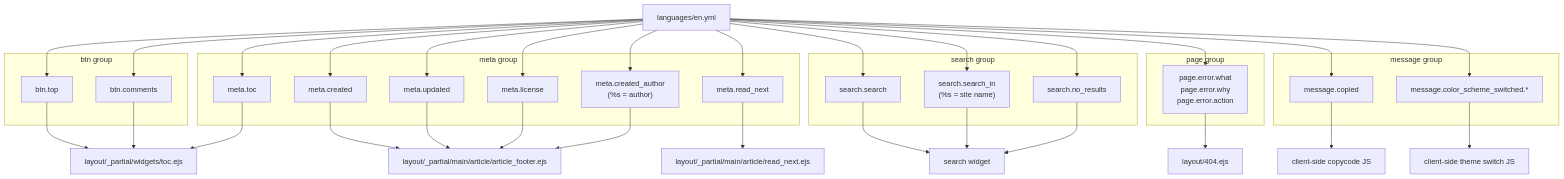
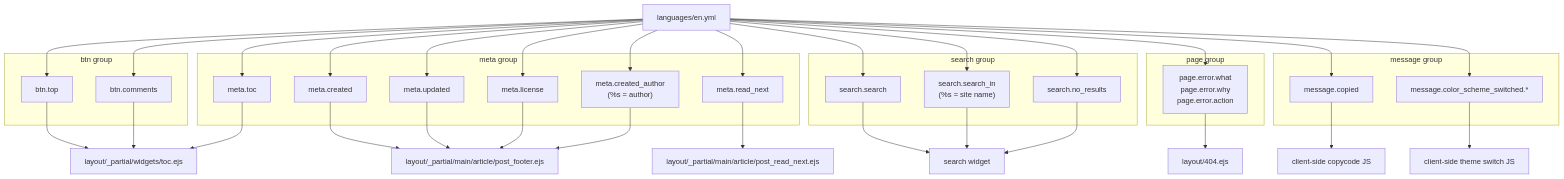
The fourth of 4 diagrams in docs/knowledge/08-本地化/localization.md (xaoxuu/hexo-theme-stellar), drawn with Mermaid before and after one commit. The commit also changed 70 other files, not shown here.

````diff
--- a/docs/knowledge/08-本地化/localization.md
+++ b/docs/knowledge/08-本地化/localization.md
@@ -322,63 +322,63 @@
 ```mermaid
 flowchart TD
   en["languages/en.yml"]
 
   subgraph "btn group"
     btntop["btn.top"]
     btncomments["btn.comments"]
   end
 
   subgraph "meta group"
     metatoc["meta.toc"]
     metacreated["meta.created"]
     metaupdated["meta.updated"]
     metalicense["meta.license"]
     metareadnext["meta.read_next"]
     metacreatedauthor["meta.created_author\n(%s = author)"]
   end
 
   subgraph "search group"
     searchsearch["search.search"]
     searchin["search.search_in\n(%s = site name)"]
     searchnoresults["search.no_results"]
   end
 
   subgraph "page group"
     pageerror["page.error.what\npage.error.why\npage.error.action"]
   end
 
   subgraph "message group"
     msgcopied["message.copied"]
     msgtheme["message.color_scheme_switched.*"]
   end
 
   en --> btntop
   en --> btncomments
   en --> metatoc
   en --> metacreated
   en --> metaupdated
   en --> metalicense
   en --> metareadnext
   en --> metacreatedauthor
   en --> searchsearch
   en --> searchin
   en --> searchnoresults
   en --> pageerror
   en --> msgcopied
   en --> msgtheme
 
   btntop --> toc["layout/_partial/widgets/toc.ejs"]
   btncomments --> toc
   metatoc --> toc
-  metacreated --> article_footer["layout/_partial/main/article/article_footer.ejs"]
+  metacreated --> article_footer["layout/_partial/main/article/post_footer.ejs"]
   metaupdated --> article_footer
   metalicense --> article_footer
   metacreatedauthor --> article_footer
-  metareadnext --> read_next["layout/_partial/main/article/read_next.ejs"]
+  metareadnext --> read_next["layout/_partial/main/article/post_read_next.ejs"]
   searchsearch --> search_ui["search widget"]
   searchin --> search_ui
   searchnoresults --> search_ui
   pageerror --> error_page["layout/404.ejs"]
   msgcopied --> copycode["client-side copycode JS"]
   msgtheme --> theme_switch["client-side theme switch JS"]
 ```
````
